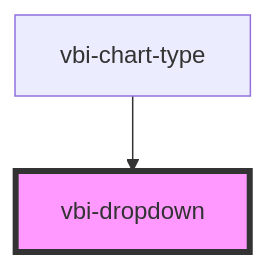
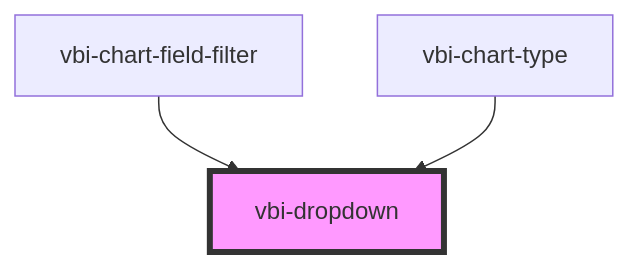
Before and after one commit to Ditto190/VBI-modme: the diagram in packages/vbi-component/src/components/ui/vbi-dropdown/readme.md, drawn with Mermaid. The commit also changed other lines of this file and 20 other files, not shown here.

````diff
--- a/packages/vbi-component/src/components/ui/vbi-dropdown/readme.md
+++ b/packages/vbi-component/src/components/ui/vbi-dropdown/readme.md
@@ -34,5 +35,6 @@
 ```mermaid
 graph TD;
+  vbi-chart-field-filter --> vbi-dropdown
   vbi-chart-type --> vbi-dropdown
   style vbi-dropdown fill:#f9f,stroke:#333,stroke-width:4px
 ```
````
